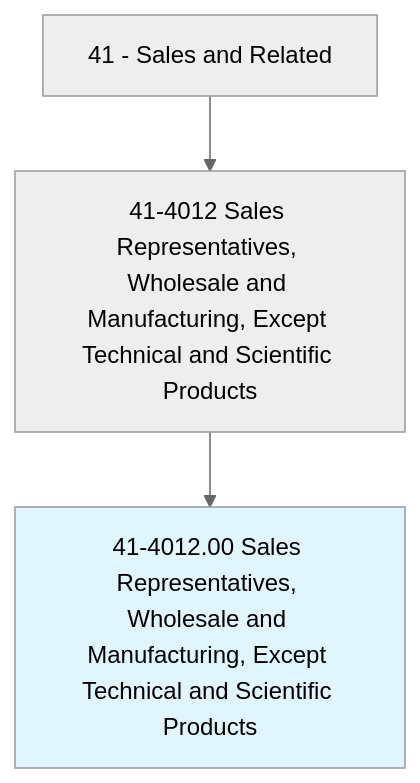
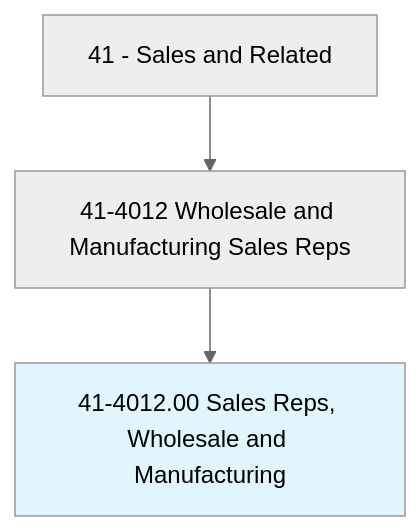
The first of 4 diagrams in occupations/Sales/SalesRepresentativesWholesaleAndManufacturingExceptTechnicalAndScientificProducts.mdx (kziemski/business.org.ai), drawn with Mermaid (neutral theme) before and after one commit. The commit also changed other lines of this file and 938 other files, not shown here.

````diff
--- a/occupations/Sales/SalesRepresentativesWholesaleAndManufacturingExceptTechnicalAndScientificProducts.mdx
+++ b/occupations/Sales/SalesRepresentativesWholesaleAndManufacturingExceptTechnicalAndScientificProducts.mdx
@@ -19,6 +23,6 @@
 ```mermaid
 graph TD
-    Cat41["41 - Sales and Related"] --> Group414012["41-4012 Sales Representatives, Wholesale and Manufacturing, Except Technical and Scientific Products"]
-    Group414012 --> Current["41-4012.00 Sales Representatives, Wholesale and Manufacturing, Except Technical and Scientific Products"]
+    Cat41["41 - Sales and Related"] --> Group414012["41-4012 Wholesale and Manufacturing Sales Reps"]
+    Group414012 --> Current["41-4012.00 Sales Reps, Wholesale and Manufacturing"]
     style Current fill:#e1f5fe
 ```
````
